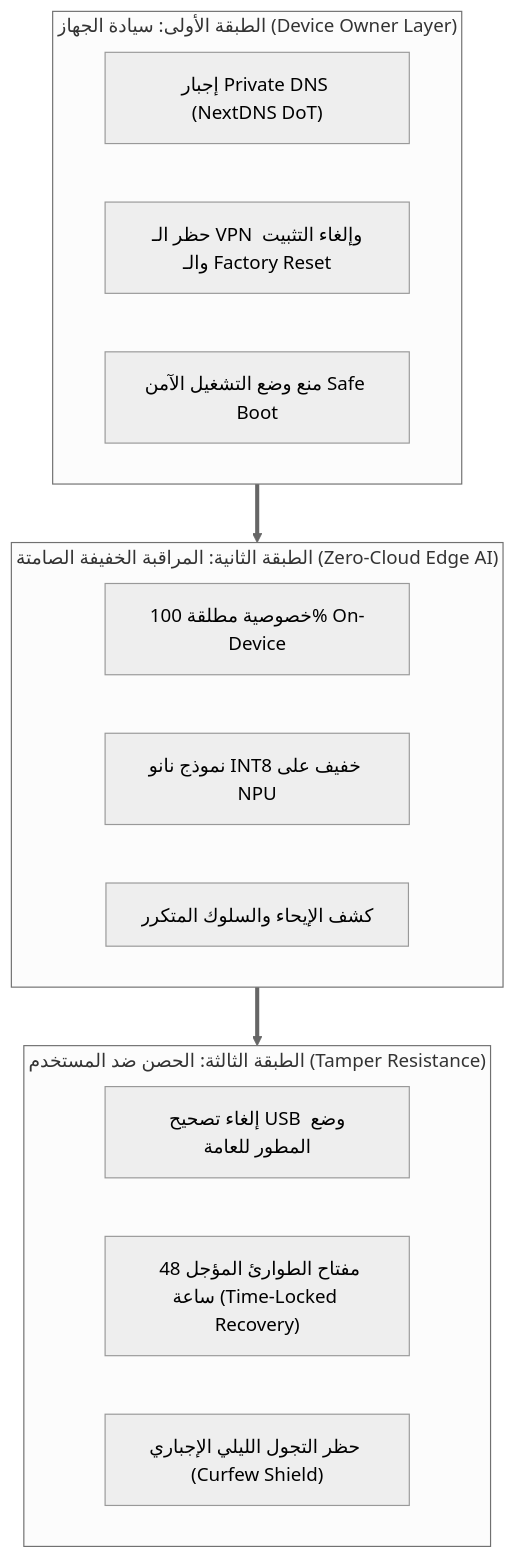
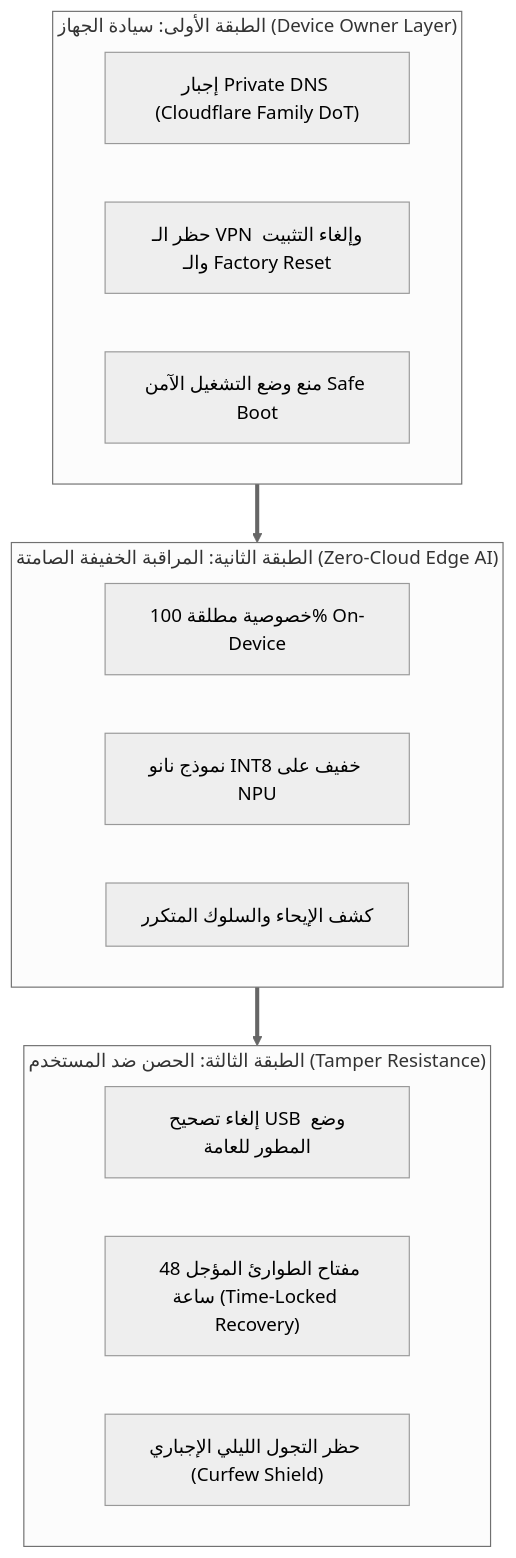
One commit to dr-mohammed-hamed/antiporn changed the fourth of 5 diagrams in doc/GENERATIONAL_ANTIPORN_ROADMAP.md. Above: the diagram before and after it, drawn with Mermaid (neutral theme). The commit also changed other lines of this file and 23 other files, not shown here.

Commit message:
feat(security,dns,ota): migrate to Cloudflare Family DoT, abstract R2 OTA endpoints, and isolate production secrets

````diff
--- a/doc/GENERATIONAL_ANTIPORN_ROADMAP.md
+++ b/doc/GENERATIONAL_ANTIPORN_ROADMAP.md
@@ -209,22 +209,22 @@
 ```mermaid
 flowchart TD
     subgraph Tier1 ["الطبقة الأولى: سيادة الجهاز (Device Owner Layer)"]
-        D1["إجبار Private DNS (NextDNS DoT)"]
+        D1["إجبار Private DNS (Cloudflare Family DoT)"]
         D2["حظر الـ VPN وإلغاء التثبيت والـ Factory Reset"]
         D3["منع وضع التشغيل الآمن Safe Boot"]
     end
 
     subgraph Tier2 ["الطبقة الثانية: المراقبة الخفيفة الصامتة (Zero-Cloud Edge AI)"]
         A1["خصوصية مطلقة 100% On-Device"]
         A2["نموذج نانو INT8 خفيف على NPU"]
         A3["كشف الإيحاء والسلوك المتكرر"]
     end
 
     subgraph Tier3 ["الطبقة الثالثة: الحصن ضد المستخدم (Tamper Resistance)"]
         T1["إلغاء تصحيح USB وضع المطور للعامة"]
         T2["مفتاح الطوارئ المؤجل 48 ساعة (Time-Locked Recovery)"]
         T3["حظر التجول الليلي الإجباري (Curfew Shield)"]
     end
 
     Tier1 ==> Tier2 ==> Tier3
 ```
````
